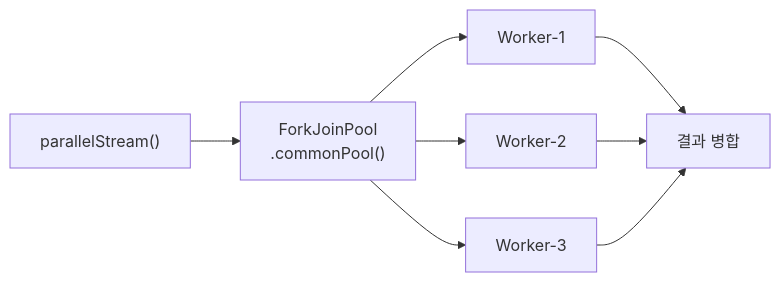
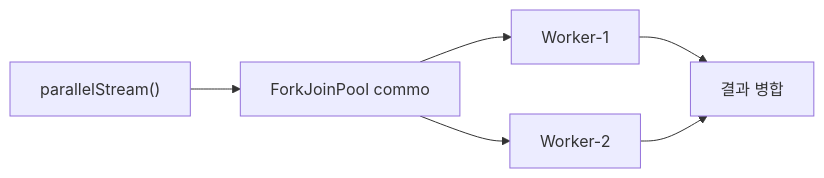
One commit to yjkim2015/yjkim2015.github.io changed the third of 4 diagrams in _posts/java/2026-05-01-java-stream.md. Above: the diagram before and after it, drawn with Mermaid. The commit also changed other lines of this file and 245 other files, not shown here.

First line of the commit message:
Mermaid 다이어그램 전면 수정 + 면접 포인트 접기/펼치기 + DB 데드락 페이지

````diff
--- a/_posts/java/2026-05-01-java-stream.md
+++ b/_posts/java/2026-05-01-java-stream.md
@@ -356,10 +356,8 @@
 ```mermaid
 graph LR
-  PS["parallelStream()"] --> FJP["ForkJoinPool<br/>.commonPool()"]
+  PS["parallelStream()"] --> FJP["ForkJoinPool commo"]
   FJP --> W1["Worker-1"]
   FJP --> W2["Worker-2"]
-  FJP --> W3["Worker-3"]
   W1 --> R["결과 병합"]
   W2 --> R
-  W3 --> R
 ```
````
